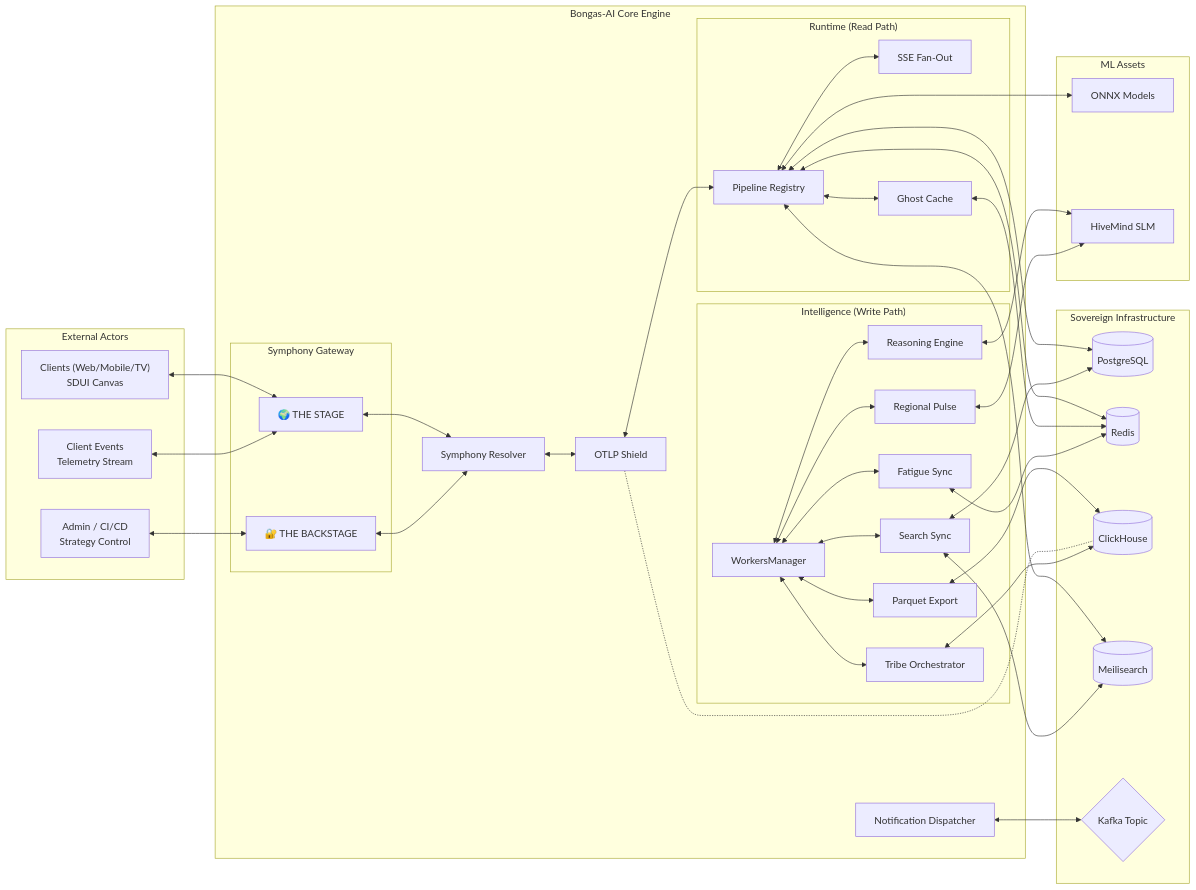
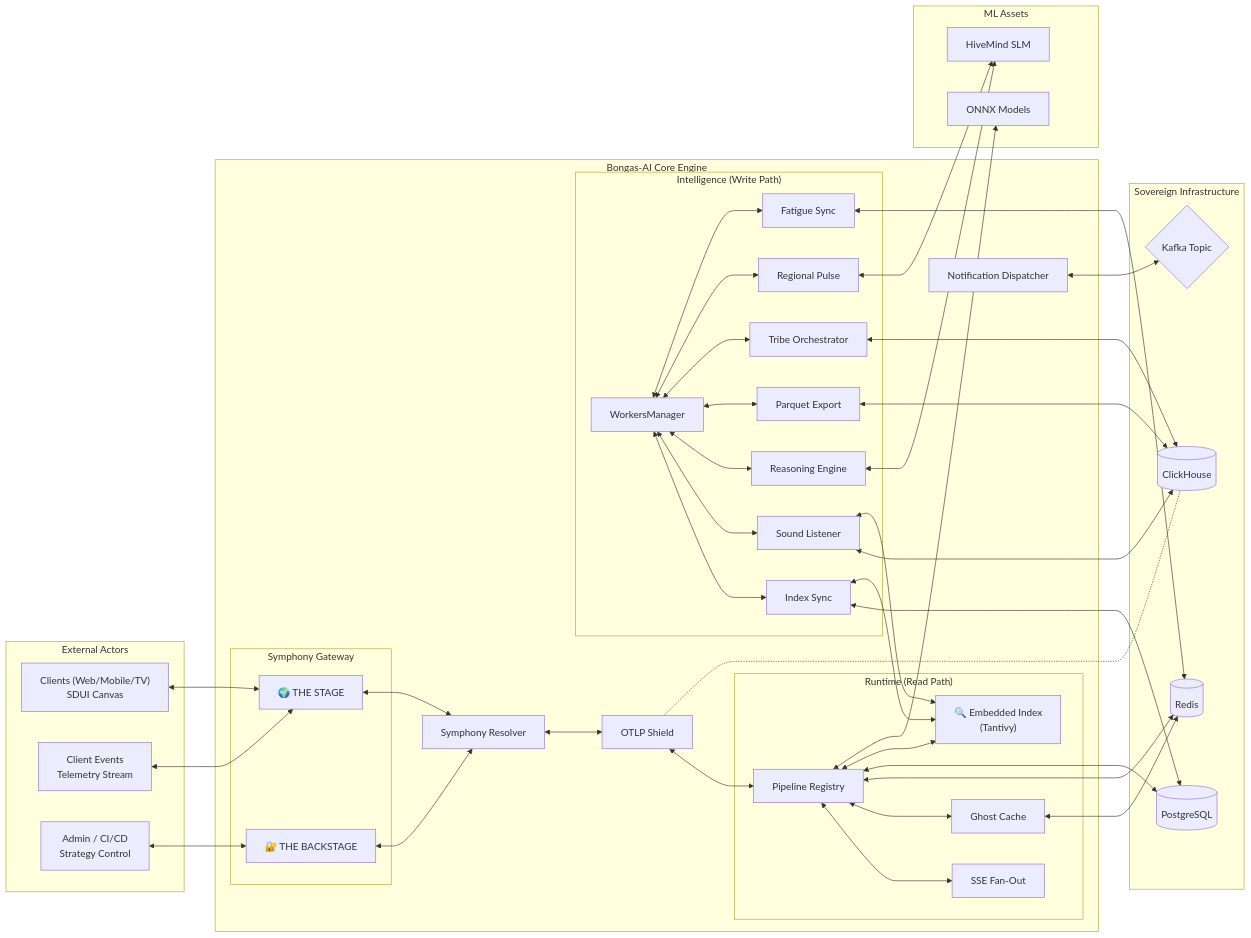
The diagram in docs/architecture/SYMPHONY.md (adiozdaniel/bongas-ai), drawn with Mermaid before and after one commit. The commit also changed other lines of this file and 3 other files, not shown here.

First line of the commit message:
docs(architecture): integrate embedded search

```diff
--- a/docs/architecture/SYMPHONY.md
+++ b/docs/architecture/SYMPHONY.md
@@ -39,6 +39,7 @@
             Registry["Pipeline Registry"]
             SSE["SSE Fan-Out"]
             Ghost["Ghost Cache"]
+            SearchIndex["🔍 Embedded Index<br/>(Tantivy)"]
         end
         
         %% The Write/Async Path
@@ -46,7 +47,8 @@
             Workers["WorkersManager"]
             
             TribeWorker["Tribe Orchestrator"]
-            SearchWorker["Search Sync"]
+            SearchSync["Index Sync"]
+            SoundWorker["Sound Listener"]
             PulseWorker["Regional Pulse"]
             ReasoningWorker["Reasoning Engine"]
             FatigueWorker["Fatigue Sync"]
@@ -61,7 +63,6 @@
         PG[(PostgreSQL)]
         Redis[(Redis)]
         ClickHouse[(ClickHouse)]
-        Meili[(Meilisearch)]
         Kafka{"Kafka Topic"}
     end
 
@@ -83,16 +84,19 @@
     Registry <--> Ghost
     Registry <--> Redis
     Registry <--> PG
-    Registry <--> Meili
+    Registry <--> SearchIndex
     Registry <--> ONNX
     Ghost <--> Redis
 
     %% --- INTELLIGENCE PATHS ---
-    Workers <--> SearchWorker
+    Workers <--> SearchSync
+    Workers <--> SoundWorker
     Workers <--> ReasoningWorker
     Workers <--> ExportWorker
-    SearchWorker <--> PG
-    SearchWorker <--> Meili
+    SearchSync <--> PG
+    SearchSync <--> SearchIndex
+    SoundWorker <--> ClickHouse
+    SoundWorker <--> SearchIndex
     ExportWorker <--> ClickHouse
     ReasoningWorker <--> HiveMind
     PulseWorker <--> HiveMind
```
